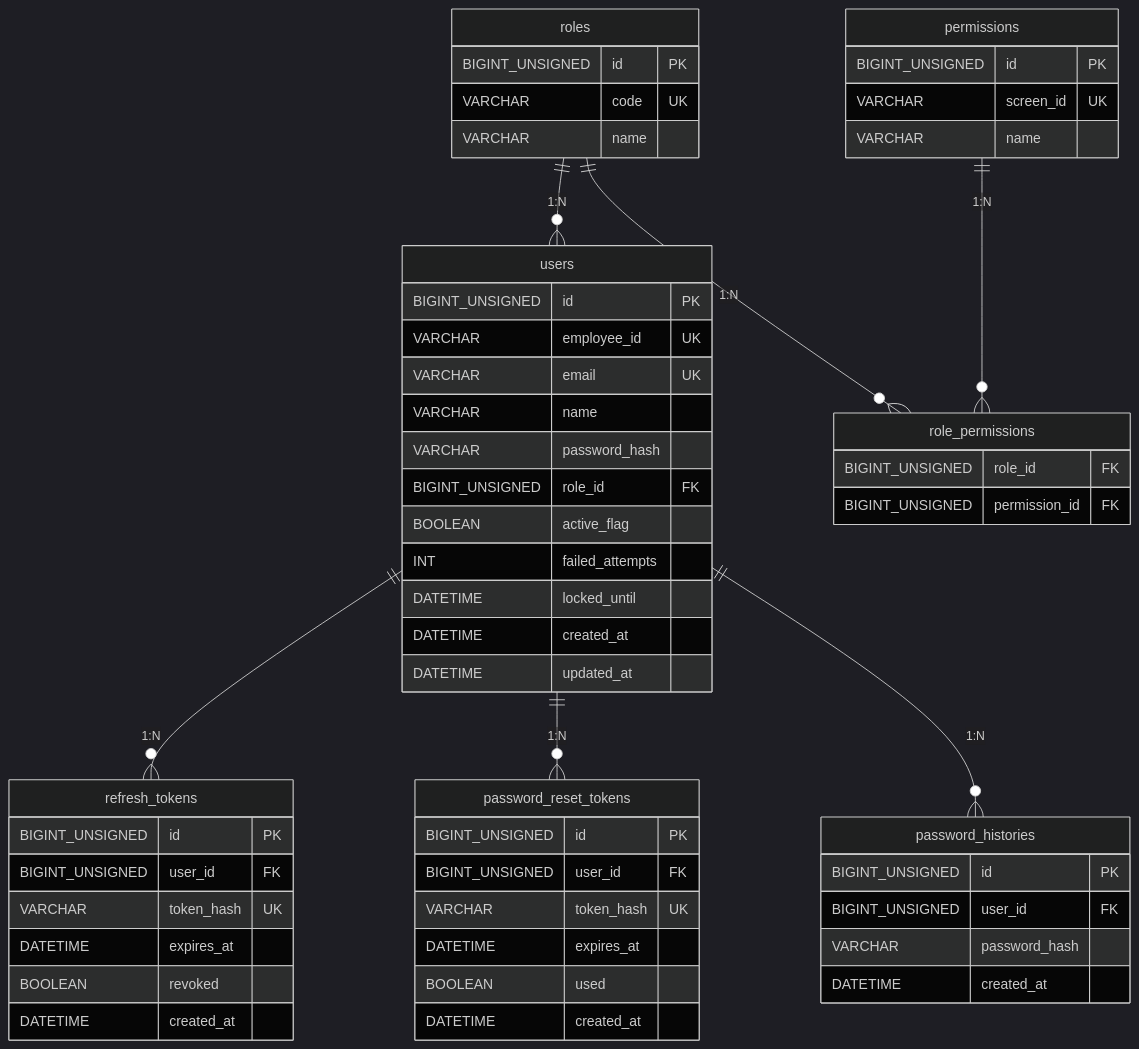
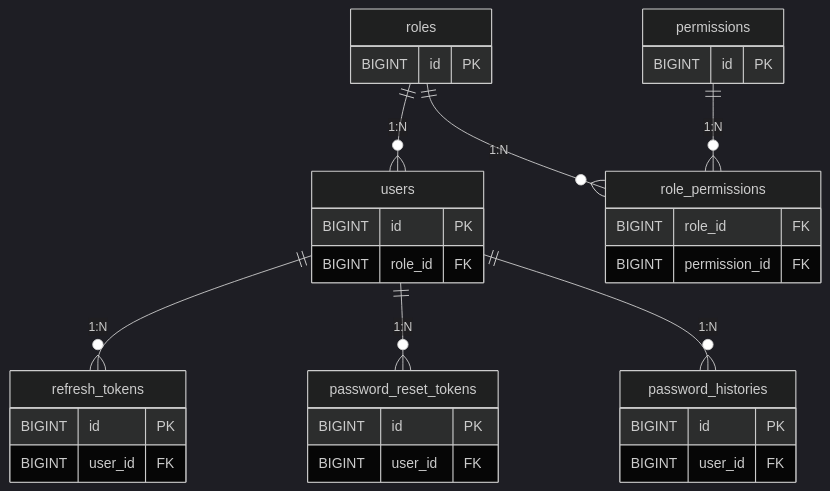
The first of 5 diagrams in docs/database_design/ER_diagram.md (Tetsu0222/amazia), drawn with Mermaid (dark theme) before and after one commit. The commit also changed other lines of this file, not shown here.

Commit message:
ER図更新

````diff
--- a/docs/database_design/ER_diagram.md
+++ b/docs/database_design/ER_diagram.md
@@ -17,65 +22,42 @@
 ```mermaid
 erDiagram
     roles {
-        BIGINT_UNSIGNED id PK
-        VARCHAR code UK
-        VARCHAR name
+        BIGINT id PK
     }
 
     permissions {
-        BIGINT_UNSIGNED id PK
-        VARCHAR screen_id UK
-        VARCHAR name
+        BIGINT id PK
     }
 
     role_permissions {
-        BIGINT_UNSIGNED role_id FK
-        BIGINT_UNSIGNED permission_id FK
+        BIGINT role_id FK
+        BIGINT permission_id FK
     }
 
     users {
-        BIGINT_UNSIGNED id PK
-        VARCHAR employee_id UK
-        VARCHAR email UK
-        VARCHAR name
-        VARCHAR password_hash
-        BIGINT_UNSIGNED role_id FK
-        BOOLEAN active_flag
-        INT failed_attempts
-        DATETIME locked_until
-        DATETIME created_at
-        DATETIME updated_at
+        BIGINT id PK
+        BIGINT role_id FK
     }
 
     refresh_tokens {
-        BIGINT_UNSIGNED id PK
-        BIGINT_UNSIGNED user_id FK
-        VARCHAR token_hash UK
-        DATETIME expires_at
-        BOOLEAN revoked
-        DATETIME created_at
+        BIGINT id PK
+        BIGINT user_id FK
     }
 
     password_reset_tokens {
-        BIGINT_UNSIGNED id PK
-        BIGINT_UNSIGNED user_id FK
-        VARCHAR token_hash UK
-        DATETIME expires_at
-        BOOLEAN used
-        DATETIME created_at
+        BIGINT id PK
+        BIGINT user_id FK
     }
 
     password_histories {
-        BIGINT_UNSIGNED id PK
-        BIGINT_UNSIGNED user_id FK
-        VARCHAR password_hash
-        DATETIME created_at
+        BIGINT id PK
+        BIGINT user_id FK
     }
 
     roles ||--o{ users : "1:N"
     roles ||--o{ role_permissions : "1:N"
     permissions ||--o{ role_permissions : "1:N"
     users ||--o{ refresh_tokens : "1:N"
     users ||--o{ password_reset_tokens : "1:N"
     users ||--o{ password_histories : "1:N"
 ```
````
